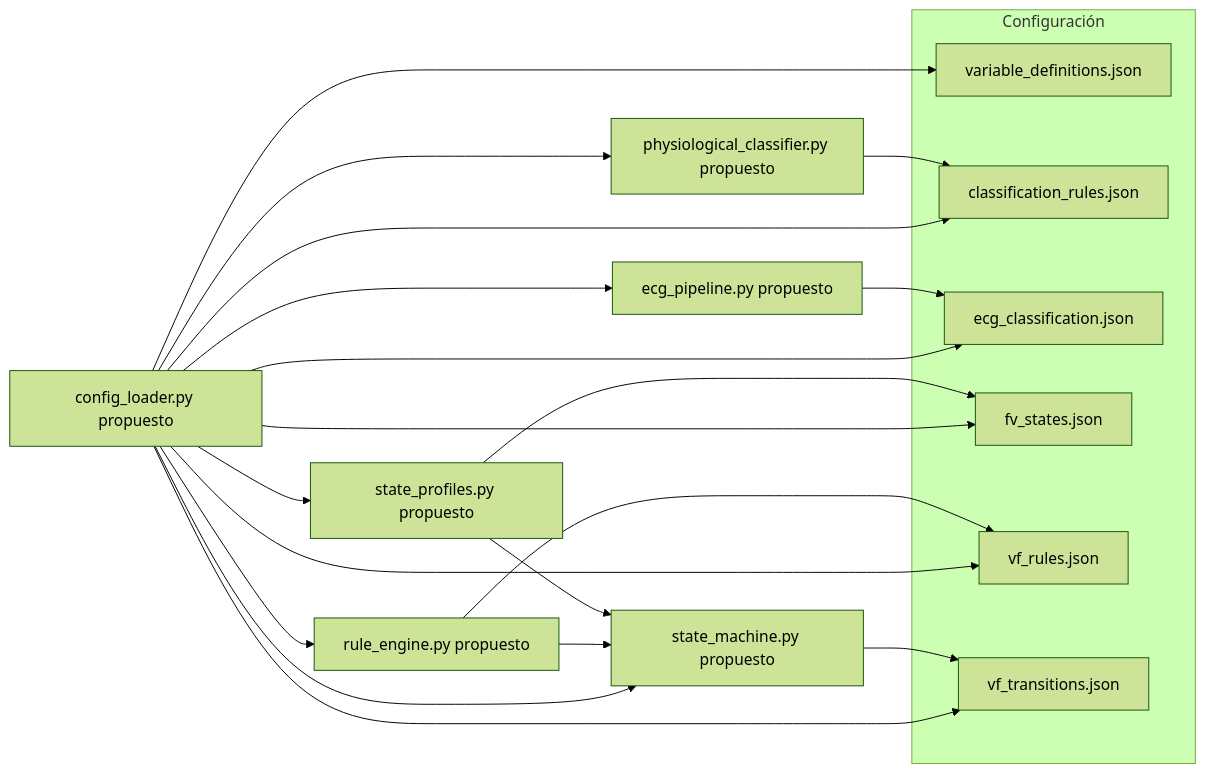
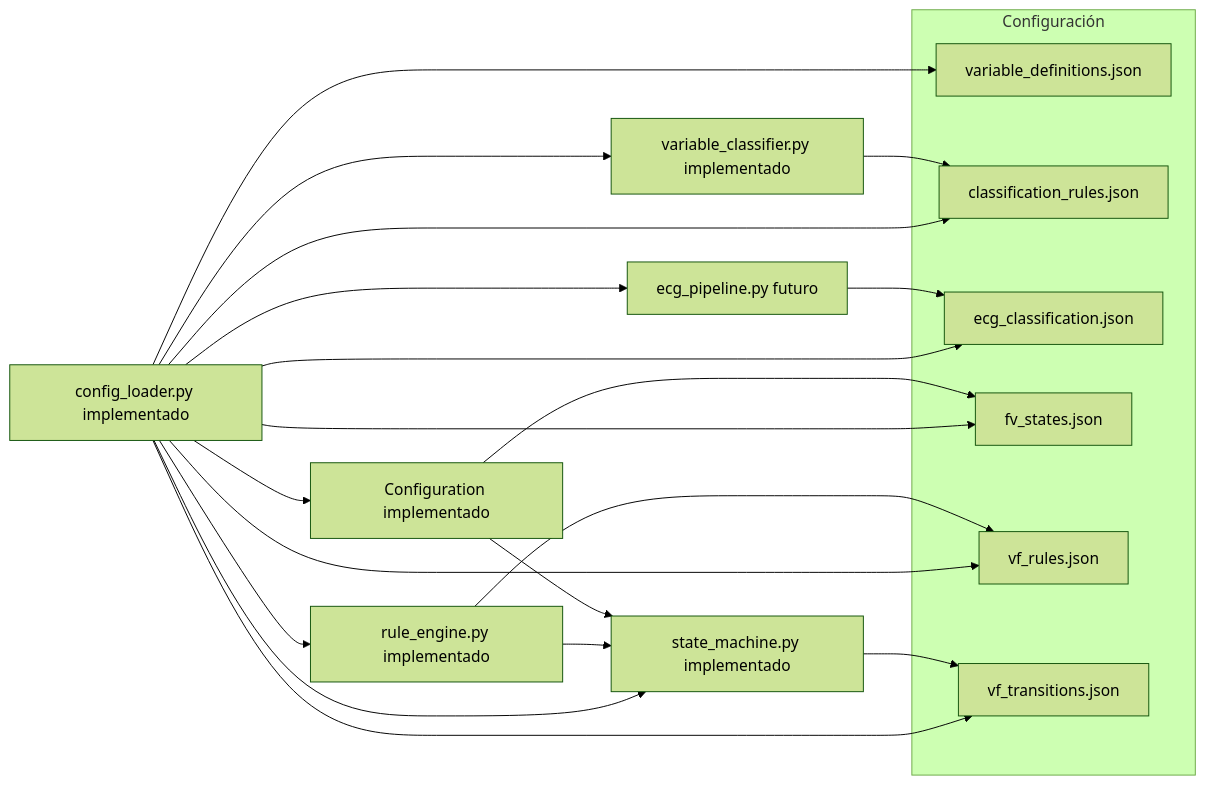
Before and after one commit to jazs-dev/AEGIS: the fifth of 5 diagrams in docs/architecture.md, drawn with Mermaid (forest theme). The commit also changed other lines of this file and 5 other files, not shown here.

Commit message:
feat(monitoring): implement VF rule engine and state machine

````diff
--- a/docs/architecture.md
+++ b/docs/architecture.md
@@ -329,29 +328,29 @@
 ```mermaid
 flowchart LR
     subgraph Configuración
         VD[variable_definitions.json]
         CR[classification_rules.json]
         EC[ecg_classification.json]
         VS[fv_states.json]
         VR[vf_rules.json]
         VT[vf_transitions.json]
     end
-    CL[config_loader.py propuesto] --> VD
+    CL[config_loader.py implementado] --> VD
     CL --> CR
     CL --> EC
     CL --> VS
     CL --> VR
     CL --> VT
-    PC[physiological_classifier.py propuesto] --> CR
-    QP[ecg_pipeline.py propuesto] --> EC
-    RE[rule_engine.py propuesto] --> VR
-    SP[state_profiles.py propuesto] --> VS
-    SM[state_machine.py propuesto] --> VT
+    PC[variable_classifier.py implementado] --> CR
+    QP[ecg_pipeline.py futuro] --> EC
+    RE[rule_engine.py implementado] --> VR
+    SP[Configuration implementado] --> VS
+    SM[state_machine.py implementado] --> VT
     CL --> PC
     CL --> QP
     CL --> RE
     CL --> SP
     CL --> SM
     RE --> SM
     SP --> SM
 ```
````
